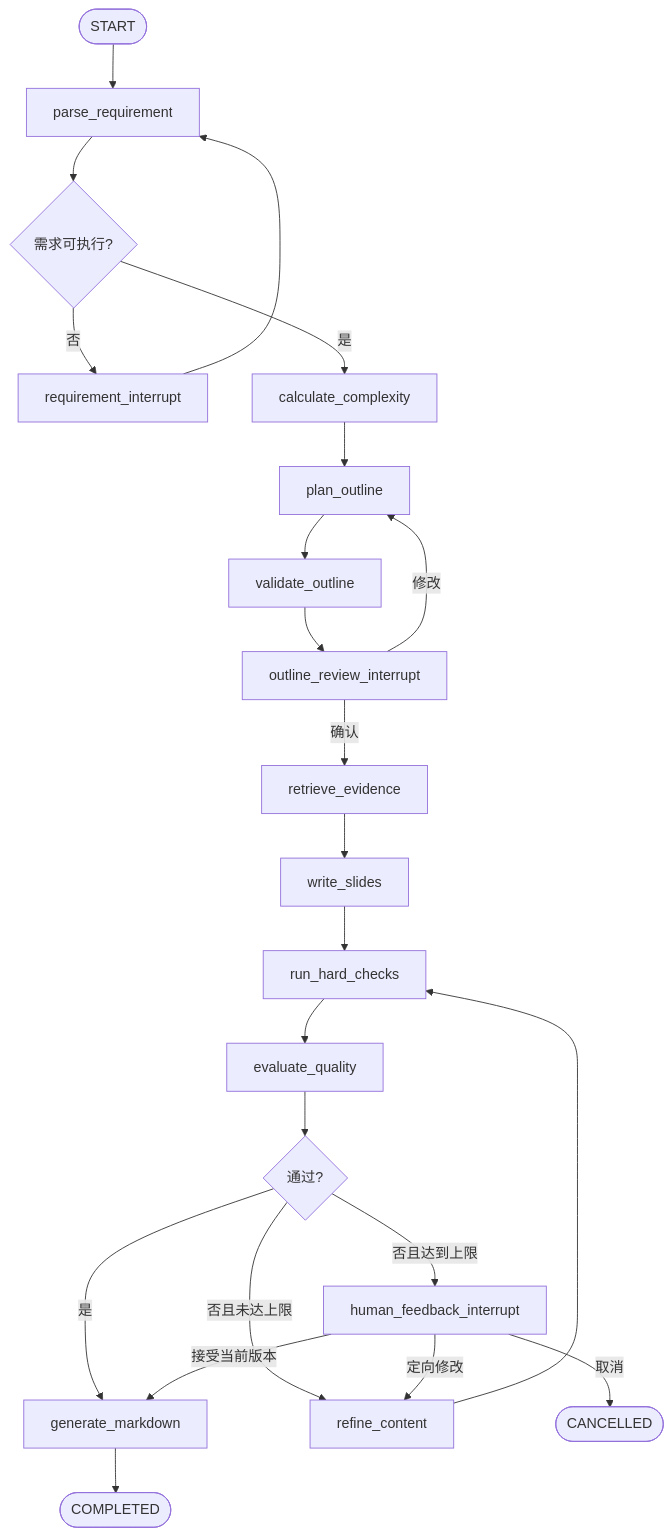
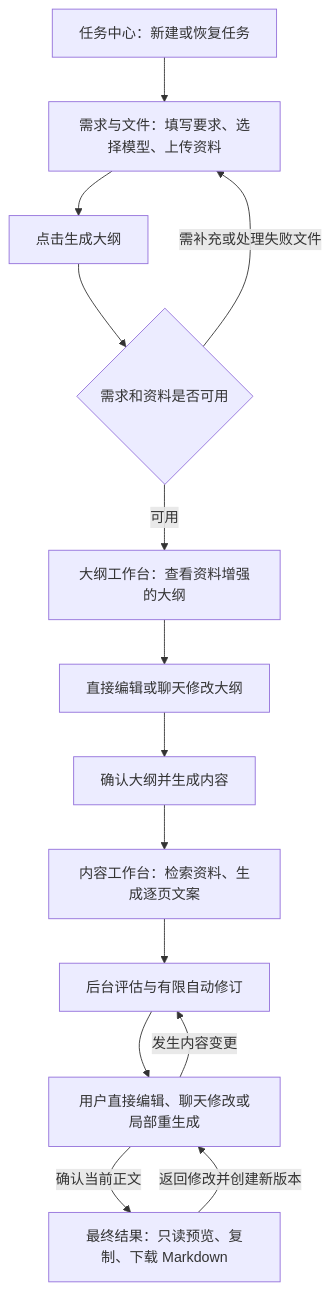
Before and after one commit to HtSimple/SlideAI: the diagram in docs/开发指导.md, drawn with Mermaid. The commit also changed other lines of this file and 237 other files, not shown here.

````diff
--- a/docs/开发指导.md
+++ b/docs/开发指导.md
@@ -410,25 +40,16 @@
 ```mermaid
 flowchart TD
-    S([START]) --> REQ[parse_requirement]
-    REQ --> VALIDATE{需求可执行?}
-    VALIDATE -->|否| RINT[requirement_interrupt]
-    RINT --> REQ
-    VALIDATE -->|是| COMPLEX[calculate_complexity]
-    COMPLEX --> PLAN[plan_outline]
-    PLAN --> OCHK[validate_outline]
-    OCHK --> OINT[outline_review_interrupt]
-    OINT -->|修改| PLAN
-    OINT -->|确认| RET[retrieve_evidence]
-    RET --> WRITE[write_slides]
-    WRITE --> HARD[run_hard_checks]
-    HARD --> EVAL[evaluate_quality]
-    EVAL --> ROUTE{通过?}
-    ROUTE -->|是| MD[generate_markdown]
-    ROUTE -->|否且未达上限| REFINE[refine_content]
-    REFINE --> HARD
-    ROUTE -->|否且达到上限| HINT[human_feedback_interrupt]
-    HINT -->|接受当前版本| MD
-    HINT -->|定向修改| REFINE
-    HINT -->|取消| C([CANCELLED])
-    MD --> DONE([COMPLETED])
+    A[任务中心：新建或恢复任务] --> B[需求与文件：填写要求、选择模型、上传资料]
+    B --> C[点击生成大纲]
+    C --> D{需求和资料是否可用}
+    D -->|需补充或处理失败文件| B
+    D -->|可用| E[大纲工作台：查看资料增强的大纲]
+    E --> F[直接编辑或聊天修改大纲]
+    F --> G[确认大纲并生成内容]
+    G --> H[内容工作台：检索资料、生成逐页文案]
+    H --> I[后台评估与有限自动修订]
+    I --> J[用户直接编辑、聊天修改或局部重生成]
+    J -->|发生内容变更| I
+    J -->|确认当前正文| K[最终结果：只读预览、复制、下载 Markdown]
+    K -->|返回修改并创建新版本| J
 ```
````
